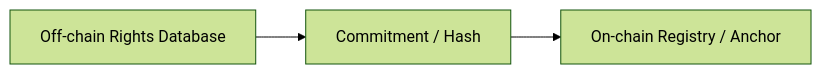
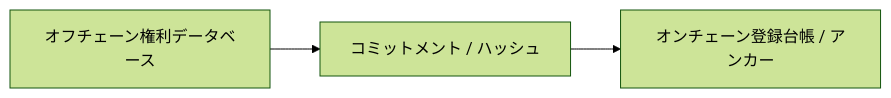
One commit to ShigeichiroYamasaki/creator-first-platform changed the fourth of 5 diagrams in docs/adr/ADR-0003-rights-registry.md. Above: the diagram before and after it, drawn with Mermaid (forest theme). The commit also changed other lines of this file and 72 other files, not shown here.

````diff
--- a/docs/adr/ADR-0003-rights-registry.md
+++ b/docs/adr/ADR-0003-rights-registry.md
@@ -422,8 +422,8 @@
 ```mermaid
 flowchart LR
-    OFF[Off-chain Rights Database]
-    HASH[Commitment / Hash]
-    CHAIN[On-chain Registry / Anchor]
+    OFF[オフチェーン権利データベース]
+    HASH[コミットメント / ハッシュ]
+    CHAIN[オンチェーン登録台帳 / アンカー]
 
     OFF --> HASH --> CHAIN
 ```
````
